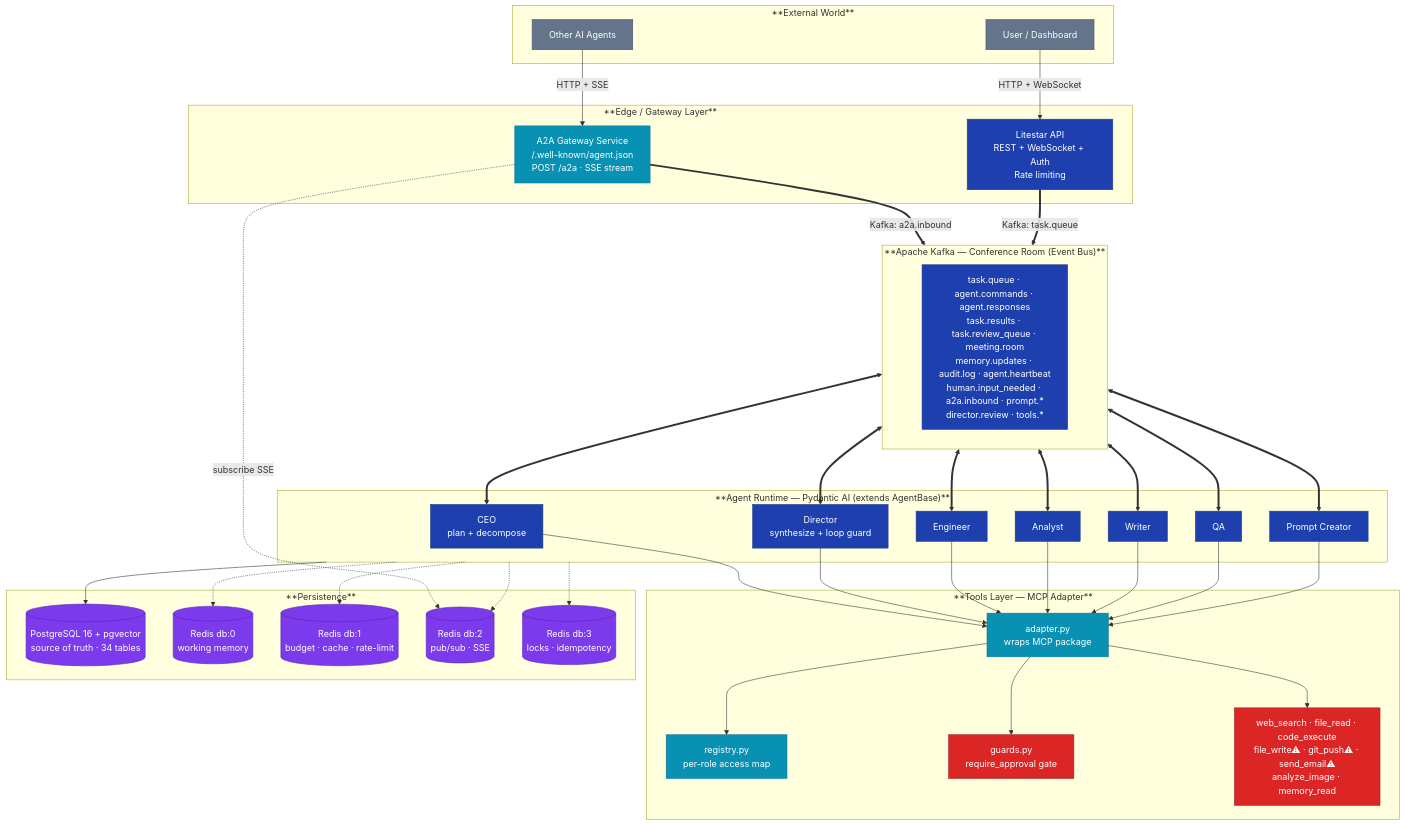
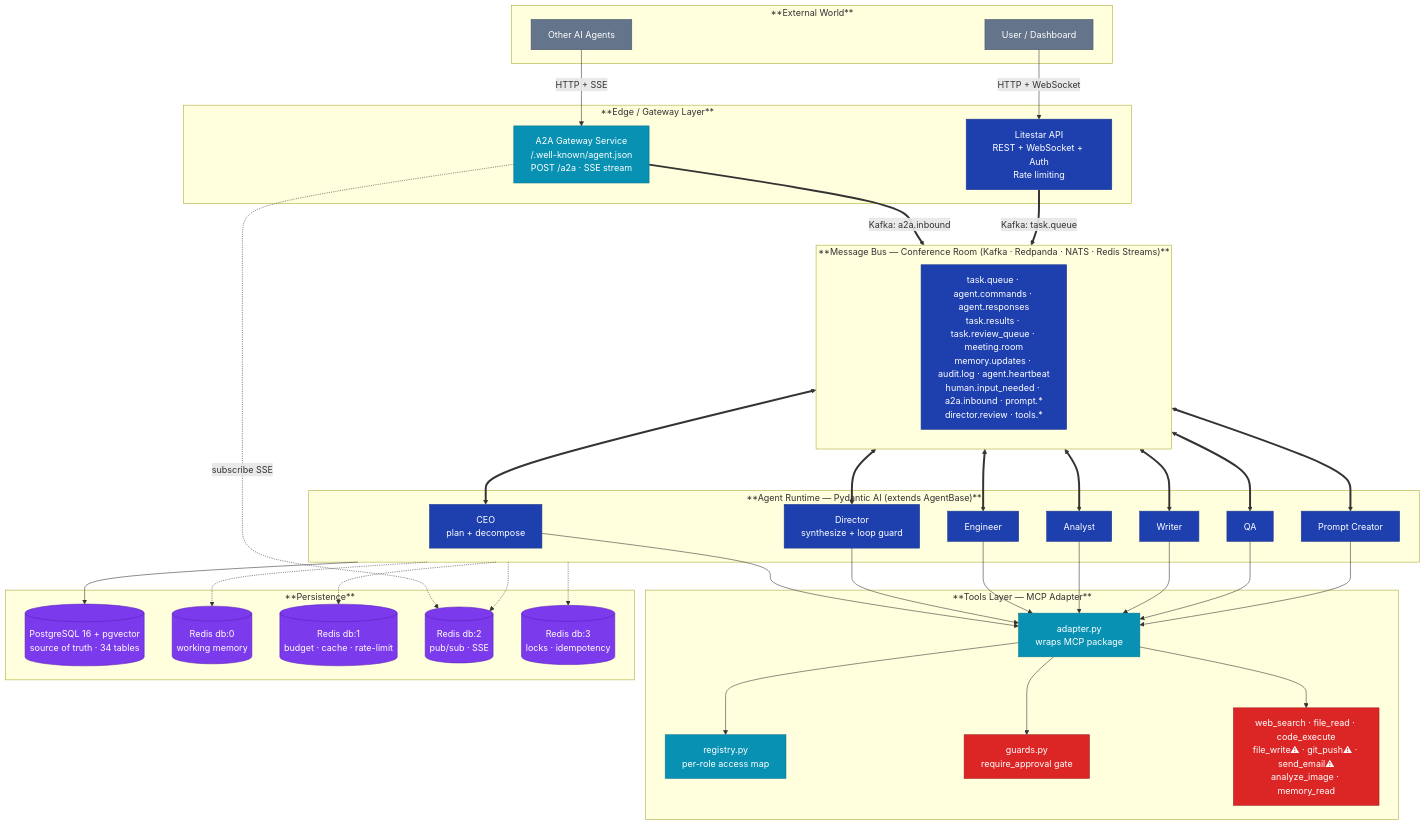
The first of 2 diagrams in CLAUDE.md (santapong/Nexus), drawn with Mermaid before and after one commit. The commit also changed other lines of this file and 3 other files, not shown here.

First line of the commit message:
docs(infra): 2026-H2 redesign blueprint — MessageBus, harness/loop engineering, transport PoC

```diff
--- a/CLAUDE.md
+++ b/CLAUDE.md
@@ -123,7 +126,7 @@
         API[Litestar API<br/>REST + WebSocket + Auth<br/>Rate limiting]
     end
 
-    subgraph KAFKA["**Apache Kafka — Conference Room (Event Bus)**"]
+    subgraph KAFKA["**Message Bus — Conference Room (Kafka · Redpanda · NATS · Redis Streams)**"]
         TOPICS[task.queue · agent.commands · agent.responses<br/>task.results · task.review_queue · meeting.room<br/>memory.updates · audit.log · agent.heartbeat<br/>human.input_needed · a2a.inbound · prompt.*<br/>director.review · tools.*]
     end
 
```
